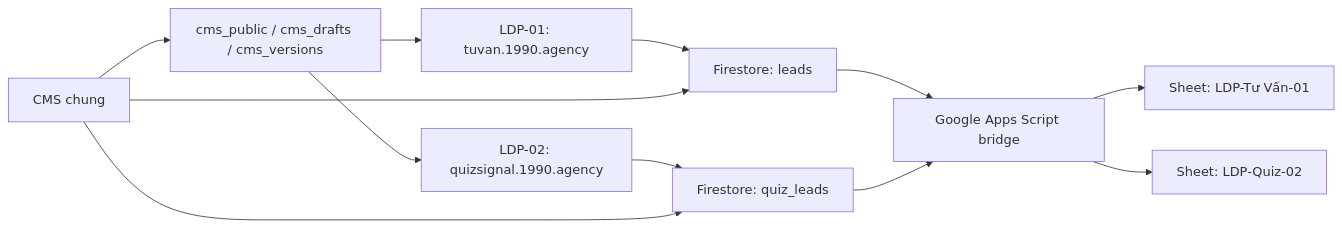
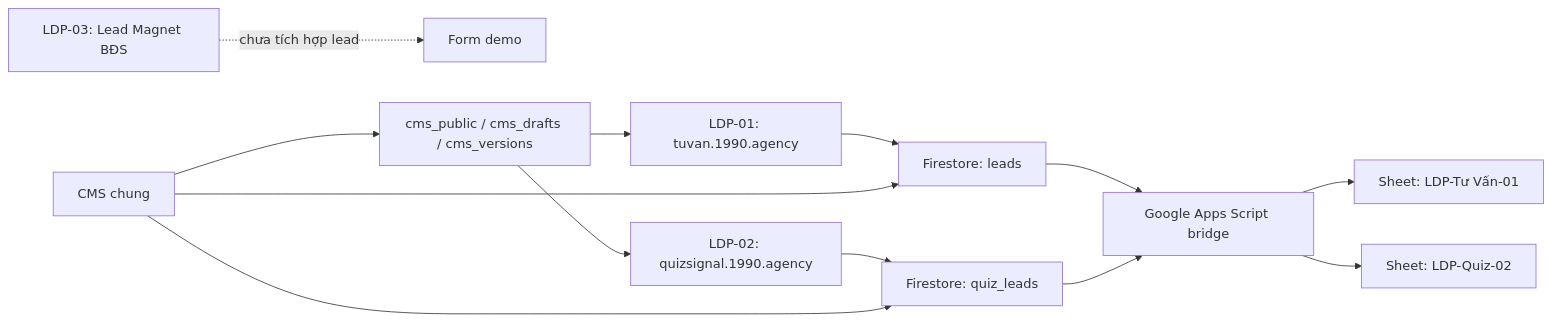
One commit to trieumanh0405/1990-ldp-platform changed the diagram in README.md. Above: the diagram before and after it, drawn with Mermaid. The commit also changed other lines of this file and 40 other files, not shown here.

````diff
--- a/README.md
+++ b/README.md
@@ -35,14 +37,15 @@
 ```mermaid
 flowchart LR
     A["LDP-01: tuvan.1990.agency"] --> C["Firestore: leads"]
     B["LDP-02: quizsignal.1990.agency"] --> D["Firestore: quiz_leads"]
+    J["LDP-03: Lead Magnet BĐS"] -. "chưa tích hợp lead" .-> K["Form demo"]
     C --> E["Google Apps Script bridge"]
     D --> E
     E --> F["Sheet: LDP-Tư Vấn-01"]
     E --> G["Sheet: LDP-Quiz-02"]
     H["CMS chung"] --> C
     H --> D
     H --> I["cms_public / cms_drafts / cms_versions"]
     I --> A
     I --> B
 ```
````
